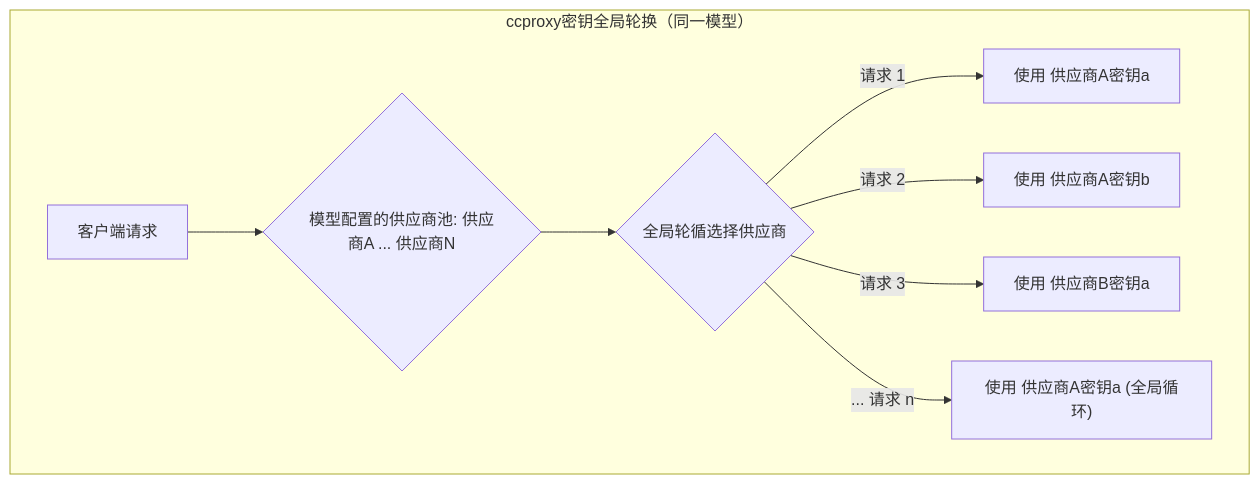
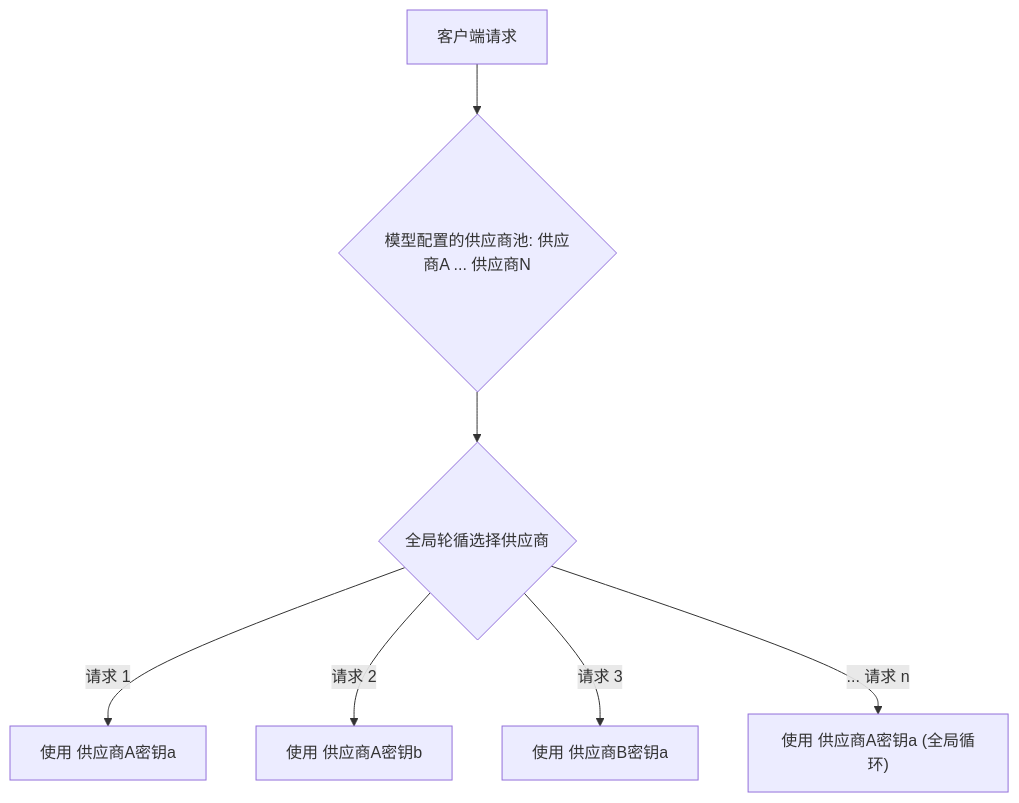
The second of 2 diagrams in docs/zh/guide/features/overview.md (aidyou/chatspeed-docs), drawn with Mermaid before and after one commit. The commit also changed other lines of this file and 14 other files, not shown here.

````diff
--- a/docs/zh/guide/features/overview.md
+++ b/docs/zh/guide/features/overview.md
@@ -70,11 +78,9 @@
 ```mermaid
 graph TD
-    subgraph "ccproxy密钥全局轮换（同一模型）"
-        I["客户端请求"] --> J{"模型配置的供应商池: 供应商A ... 供应商N"};
-        J --> K{"全局轮循选择供应商"};
-        K -- "请求 1" --> L["使用 供应商A密钥a"];
-        K -- "请求 2" --> M["使用 供应商A密钥b"];
-        K -- "请求 3" --> N["使用 供应商B密钥a"];
-        K -- "... 请求 n" --> O["使用 供应商A密钥a (全局循环)"];
-    end
+      I["客户端请求"] --> J{"模型配置的供应商池: 供应商A ... 供应商N"};
+      J --> K{"全局轮循选择供应商"};
+      K -- "请求 1" --> L["使用 供应商A密钥a"];
+      K -- "请求 2" --> M["使用 供应商A密钥b"];
+      K -- "请求 3" --> N["使用 供应商B密钥a"];
+      K -- "... 请求 n" --> O["使用 供应商A密钥a (全局循环)"];
 ```
````
